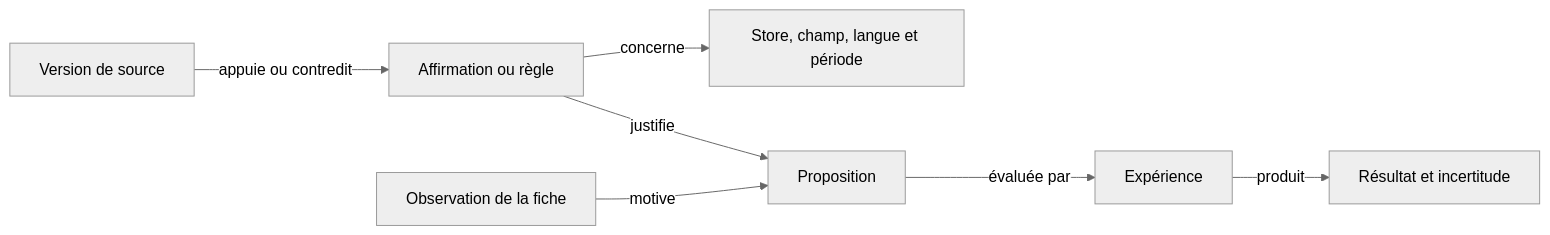
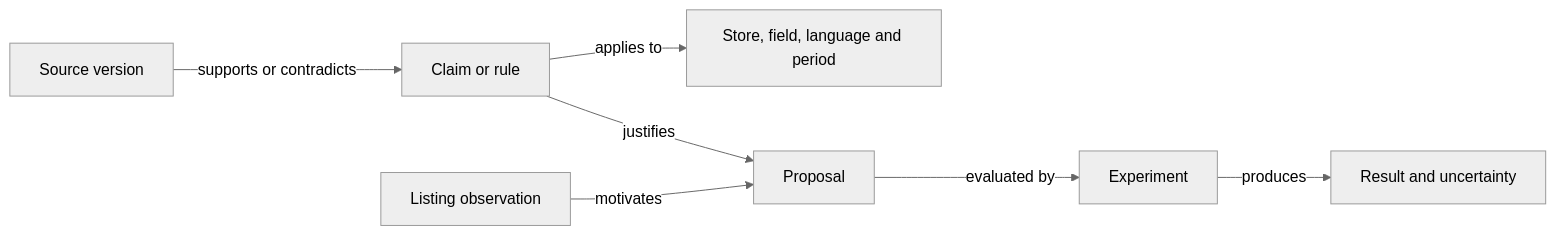
Before and after one commit to mcsedition-hub/panda-store: the diagram in docs/architecture.md, drawn with Mermaid (neutral theme). The commit also changed other lines of this file and 14 other files, not shown here.

````diff
--- a/docs/architecture.md
+++ b/docs/architecture.md
@@ -588,9 +546,9 @@
 ```mermaid
 flowchart LR
-    S[Version de source] -->|appuie ou contredit| R[Affirmation ou règle]
-    R -->|concerne| C[Store, champ, langue et période]
-    O[Observation de la fiche] -->|motive| P[Proposition]
-    R -->|justifie| P
-    P -->|évaluée par| E[Expérience]
-    E -->|produit| M[Résultat et incertitude]
+    S[Source version] -->|supports or contradicts| R[Claim or rule]
+    R -->|applies to| C[Store, field, language and period]
+    O[Listing observation] -->|motivates| P[Proposal]
+    R -->|justifies| P
+    P -->|evaluated by| E[Experiment]
+    E -->|produces| M[Result and uncertainty]
 ```
````
